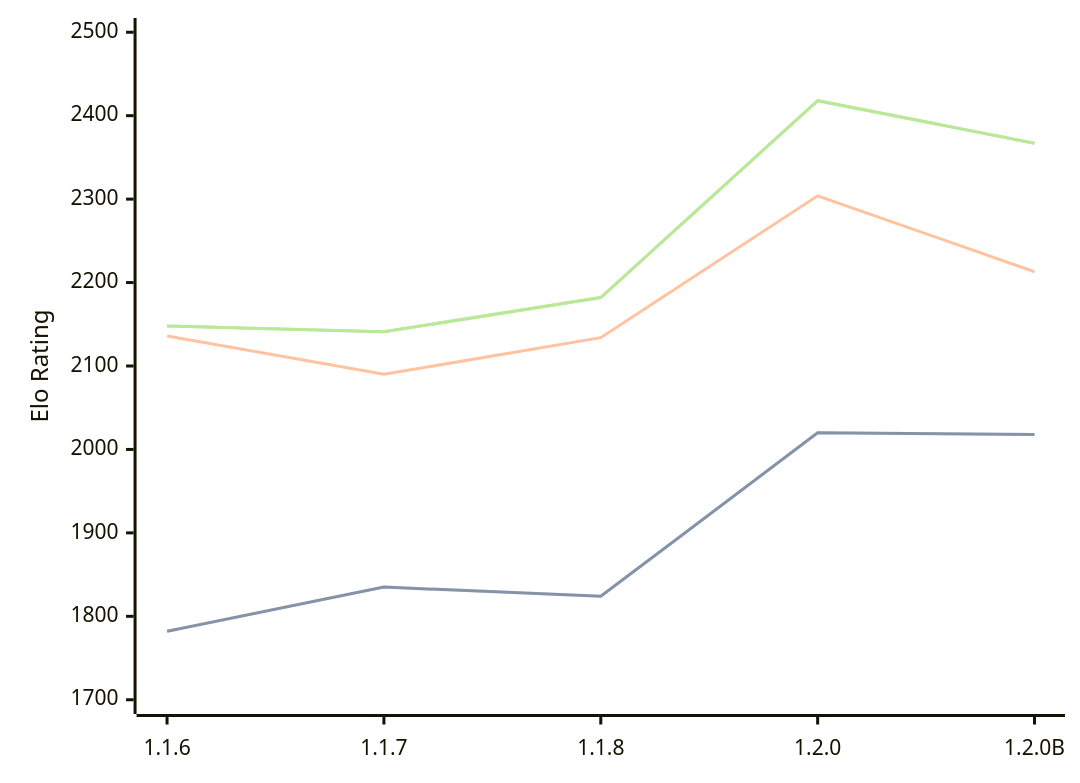
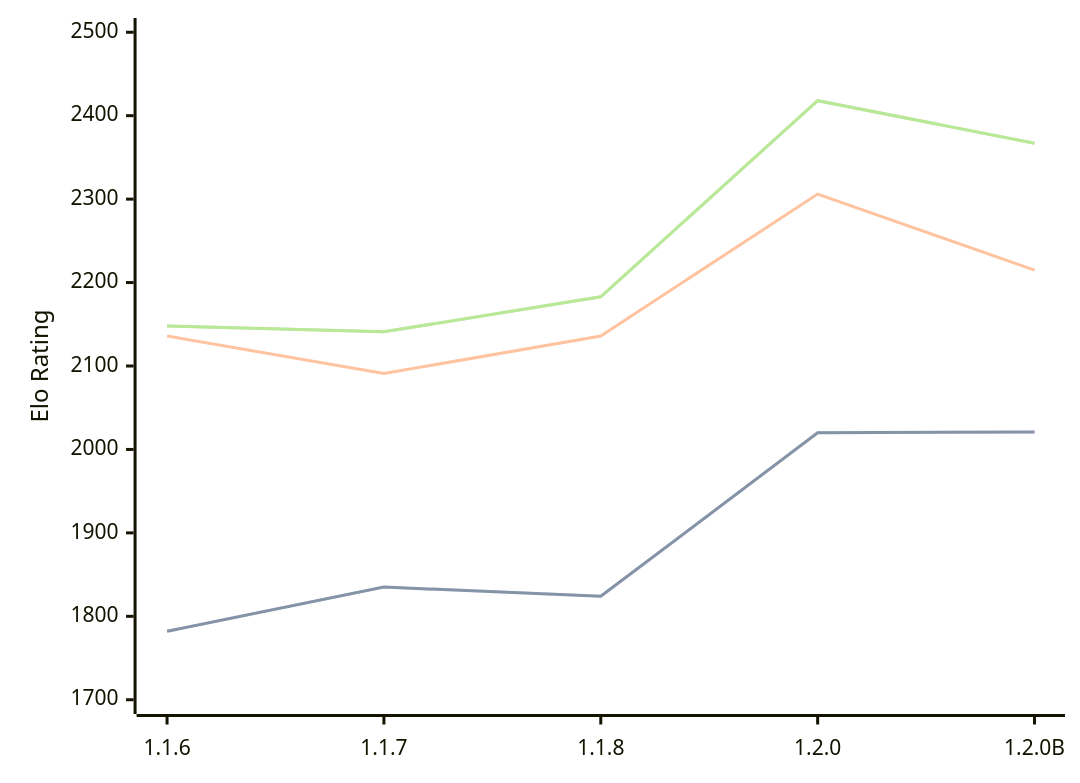
One commit to computer-chess-index/cci changed the diagram in engines/Soomi.md. Above: the diagram before and after it, drawn with Mermaid. The commit also changed other lines of this file, not shown here.

Commit message:
Update CCI Ratings (ELO VLTC) - 2026-07-24

````diff
--- a/engines/Soomi.md
+++ b/engines/Soomi.md
@@ -35,11 +35,11 @@
 ```mermaid
 %%{init: {"theme":"base","themeVariables":{"seriesColors:['#a3a3a3','#222221','#faa371']}}}%%
 xychart-beta
   x-axis ["1.1.6", "1.1.7", "1.1.8", "1.2.0", "1.2.0B"]
   y-axis "Elo Rating" 1700 --> 2500
-  line "STC (8.0+0.08s)" [1782, 1835, 1824, 2020, 2018]
-  line "STC (8.0+0.08s)" [1782, 1835, 1824, 2020, 2018]
-  line "LTC (60.0+0.60s)" [2136, 2090, 2134, 2304, 2213]
-  line "VLTC (2m24s+1.12s)" [2148, 2141, 2182, 2418, 2367]
-  line "VLTC (2m24s+1.12s)" [2148, 2141, 2182, 2418, 2367]
+  line "STC (8.0+0.08s)" [1782, 1835, 1824, 2020, 2021]
+  line "STC (8.0+0.08s)" [1782, 1835, 1824, 2020, 2021]
+  line "LTC (60.0+0.60s)" [2136, 2091, 2136, 2306, 2215]
+  line "VLTC (2m24s+1.12s)" [2148, 2141, 2183, 2418, 2367]
+  line "VLTC (2m24s+1.12s)" [2148, 2141, 2183, 2418, 2367]
 ```
````
